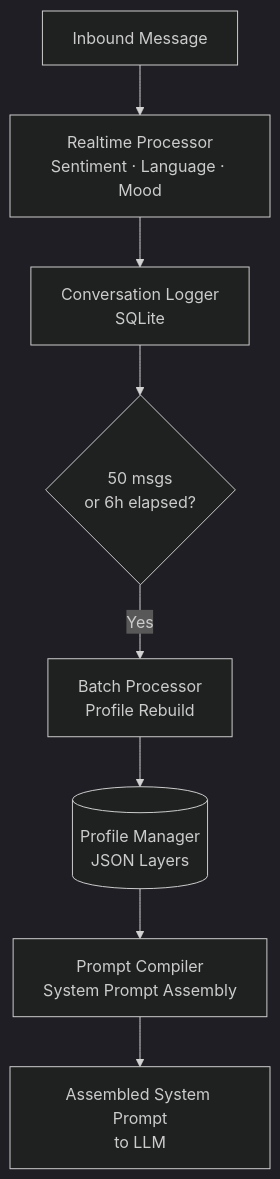
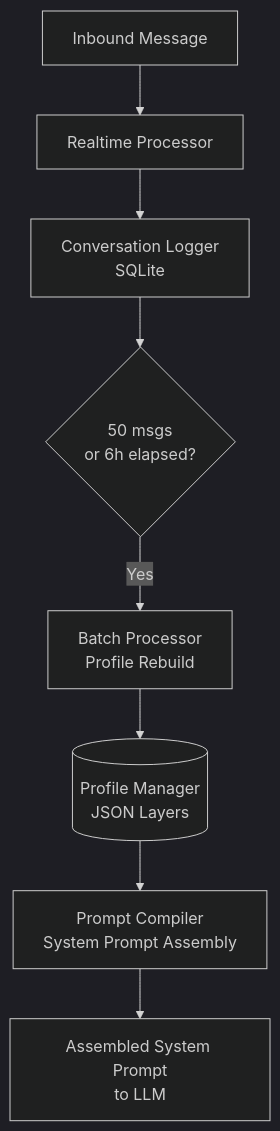
The fourth of 7 diagrams in ARCHITECTURE.md (UpayanGhosh/Synapse-OSS), drawn with Mermaid (dark theme) before and after one commit. The commit also changed other lines of this file, not shown here.

Commit message:
docs: Remove outdated architecture diagram and simplify Mermaid diagrams by removing detailed annotations.

````diff
--- a/ARCHITECTURE.md
+++ b/ARCHITECTURE.md
@@ -231,10 +197,10 @@
 ```mermaid
 graph TD
-    MSG[Inbound Message] --> RT[Realtime Processor\nSentiment · Language · Mood]
+    MSG[Inbound Message] --> RT[Realtime Processor]
     RT --> LOG[Conversation Logger\nSQLite]
     LOG --> CNT{50 msgs\nor 6h elapsed?}
     CNT -->|Yes| BATCH[Batch Processor\nProfile Rebuild]
     BATCH --> PM[(Profile Manager\nJSON Layers)]
     PM --> PC[Prompt Compiler\nSystem Prompt Assembly]
     PC --> SYS[Assembled System Prompt\nto LLM]
 ```
````
